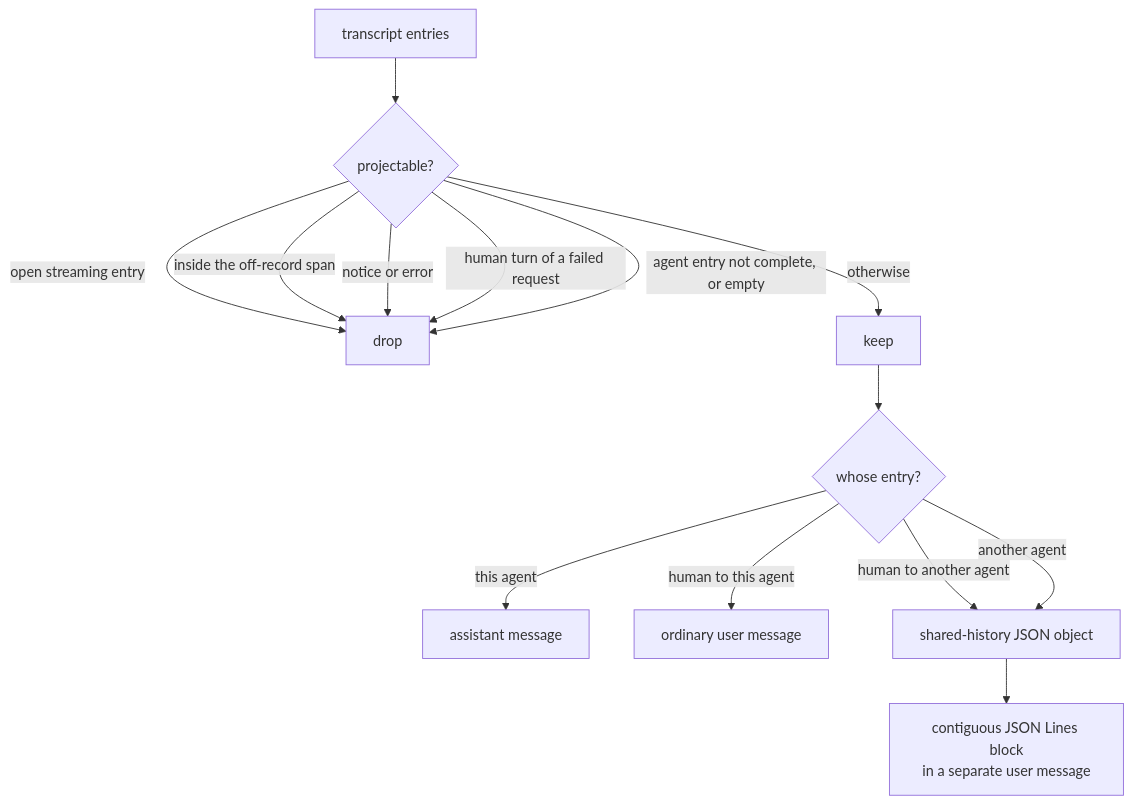
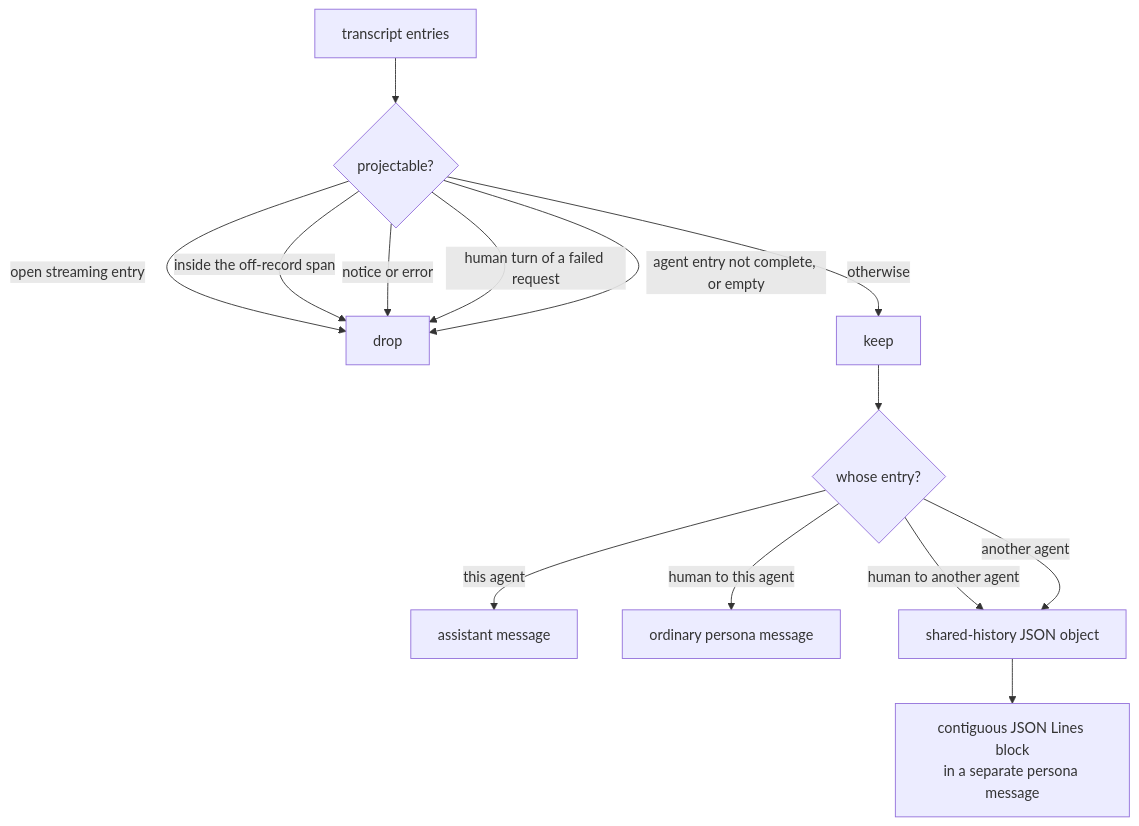
One commit to michaelpopov/cha changed the fourth of 4 diagrams in src/agents/README.md. Above: the diagram before and after it, drawn with Mermaid. The commit also changed other lines of this file and 117 other files, not shown here.

````diff
--- a/src/agents/README.md
+++ b/src/agents/README.md
@@ -242,16 +242,16 @@
 ```mermaid
 flowchart TD
     E["transcript entries"] --> F{"projectable?"}
     F -->|"open streaming entry"| D["drop"]
     F -->|"inside the off-record span"| D
     F -->|"notice or error"| D
     F -->|"human turn of a failed request"| D
     F -->|"agent entry not complete, or empty"| D
     F -->|"otherwise"| K["keep"]
     K --> W{"whose entry?"}
     W -->|"this agent"| A["assistant message"]
-    W -->|"human to this agent"| U["ordinary user message"]
+    W -->|"human to this agent"| U["ordinary persona message"]
     W -->|"human to another agent"| J["shared-history JSON object"]
     W -->|"another agent"| J
-    J --> B["contiguous JSON Lines block<br/>in a separate user message"]
+    J --> B["contiguous JSON Lines block<br/>in a separate persona message"]
 ```
````
